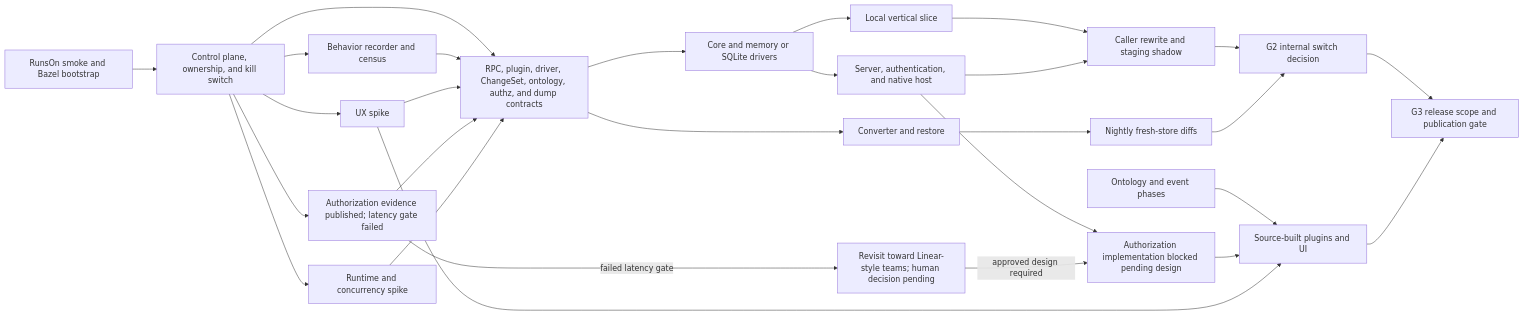
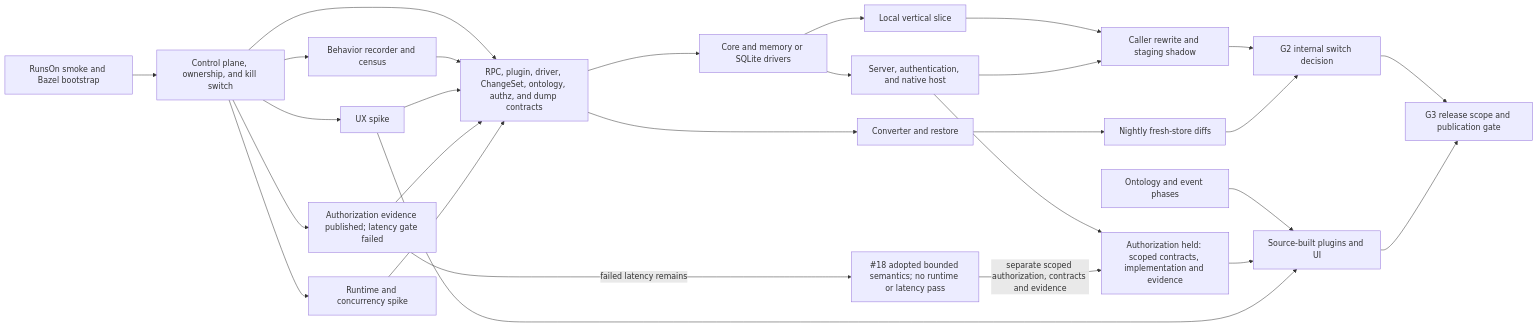
Before and after one commit to buildbetter-app/plugs: the diagram in engdocs/design/plug/clean-room-plan.md, drawn with Mermaid. The commit also changed other lines of this file and 3 other files, not shown here.

First line of the commit message:
docs(plug): record D6 bounded authorization adoption

````diff
--- a/engdocs/design/plug/clean-room-plan.md
+++ b/engdocs/design/plug/clean-room-plan.md
@@ -214,30 +266,30 @@
 ```mermaid
 flowchart LR
   S["RunsOn smoke and Bazel bootstrap"] --> B["Control plane, ownership, and kill switch"]
   B --> C["RPC, plugin, driver, ChangeSet, ontology, authz, and dump contracts"]
   B --> E1["Behavior recorder and census"]
   B --> E3["UX spike"]
   B --> E4["Authorization evidence published; latency gate failed"]
   B --> E5["Runtime and concurrency spike"]
   E1 --> C
   E3 --> C
   E4 --> C
   E5 --> C
   C --> I1["Core and memory or SQLite drivers"]
   I1 --> I2["Local vertical slice"]
   I1 --> I3["Server, authentication, and native host"]
   C --> I6["Converter and restore"]
-  I3 --> I5["Authorization implementation blocked pending design"]
-  E4 -->|"failed latency gate"| AZ1["Revisit toward Linear-style teams; human decision pending"]
-  AZ1 -->|"approved design required"| I5
+  I3 --> I5["Authorization held: scoped contracts, implementation and evidence"]
+  E4 -->|"failed latency remains"| AZ1["#18 adopted bounded semantics; no runtime or latency pass"]
+  AZ1 -->|"separate scoped authorization, contracts and evidence"| I5
   I2 --> I8["Caller rewrite and staging shadow"]
   I3 --> I8
   I6 --> N["Nightly fresh-store diffs"]
   I8 --> G2["G2 internal switch decision"]
   N --> G2
   I4["Ontology and event phases"] --> I7["Source-built plugins and UI"]
   I5 --> I7
   E3 --> I7
   G2 --> G3["G3 release scope and publication gate"]
   I7 --> G3
 ```
````
